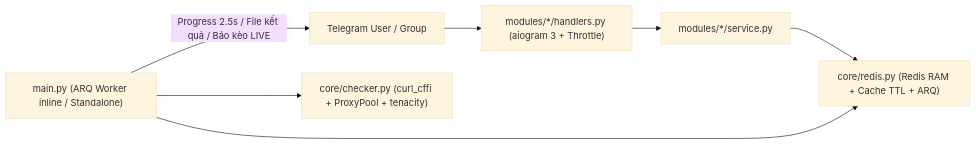
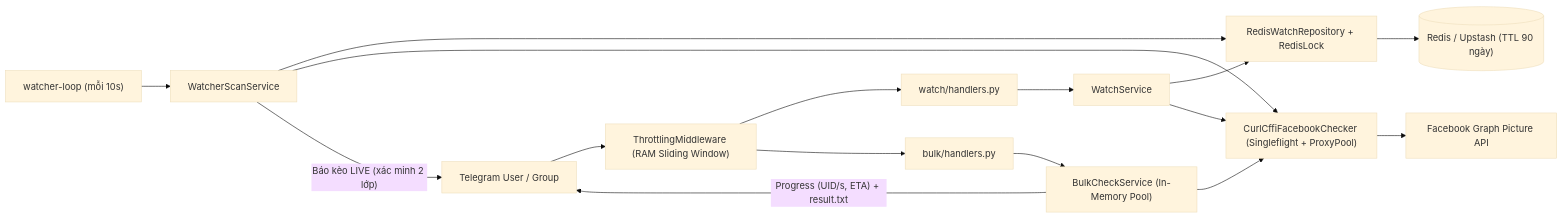
Before and after one commit to vuinguyen16003069/CheckLiveBot: the first of 4 diagrams in README.md, drawn with Mermaid (base theme). The commit also changed other lines of this file and 3 other files, not shown here.

Commit message:
feat: implement watch service and redis repository for live tracking

````diff
--- a/README.md
+++ b/README.md
@@ -92,9 +117,22 @@
 ```mermaid
 flowchart LR
-    U["Telegram User / Group"] --> H["modules/*/handlers.py (aiogram 3 + Throttle)"]
-    H --> S["modules/*/service.py"]
-    S --> R["core/redis.py (Redis RAM + Cache TTL + ARQ)"]
-    W["main.py (ARQ Worker inline / Standalone)"] --> R
-    W --> C["core/checker.py (curl_cffi + ProxyPool + tenacity)"]
-    W -->|"Progress 2.5s / File kết quả / Báo kèo LIVE"| U
+    U["Telegram User / Group"] --> MW["ThrottlingMiddleware (RAM Sliding Window)"]
+    MW --> WR["watch/handlers.py"]
+    MW --> BR["bulk/handlers.py"]
+
+    WR --> WS["WatchService"]
+    BR --> BS["BulkCheckService (In-Memory Pool)"]
+    LOOP["watcher-loop (mỗi 10s)"] --> SCAN["WatcherScanService"]
+
+    WS --> REPO["RedisWatchRepository + RedisLock"]
+    SCAN --> REPO
+    REPO --> REDIS[("Redis / Upstash (TTL 90 ngày)")]
+
+    WS --> CHK["CurlCffiFacebookChecker (Singleflight + ProxyPool)"]
+    BS --> CHK
+    SCAN --> CHK
+    CHK --> FB["Facebook Graph Picture API"]
+
+    SCAN -->|"Báo kèo LIVE (xác minh 2 lớp)"| U
+    BS -->|"Progress (UID/s, ETA) + result.txt"| U
 ```
````
